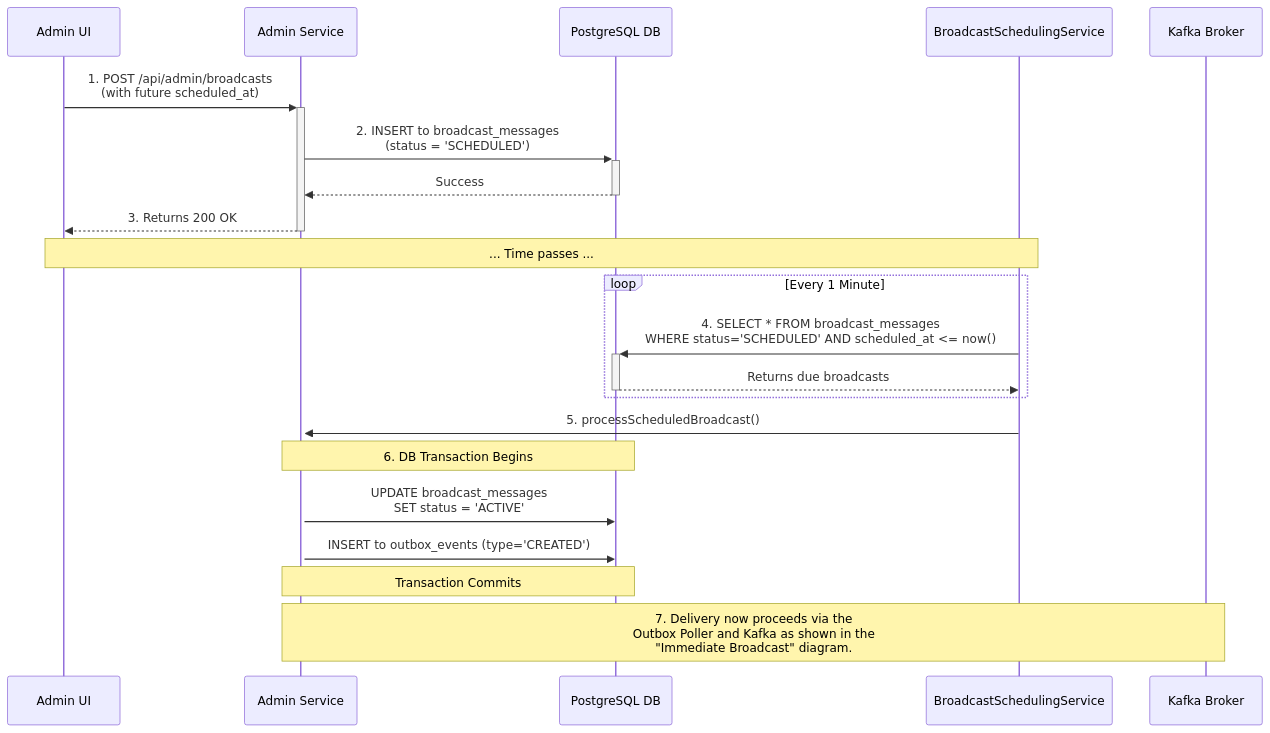
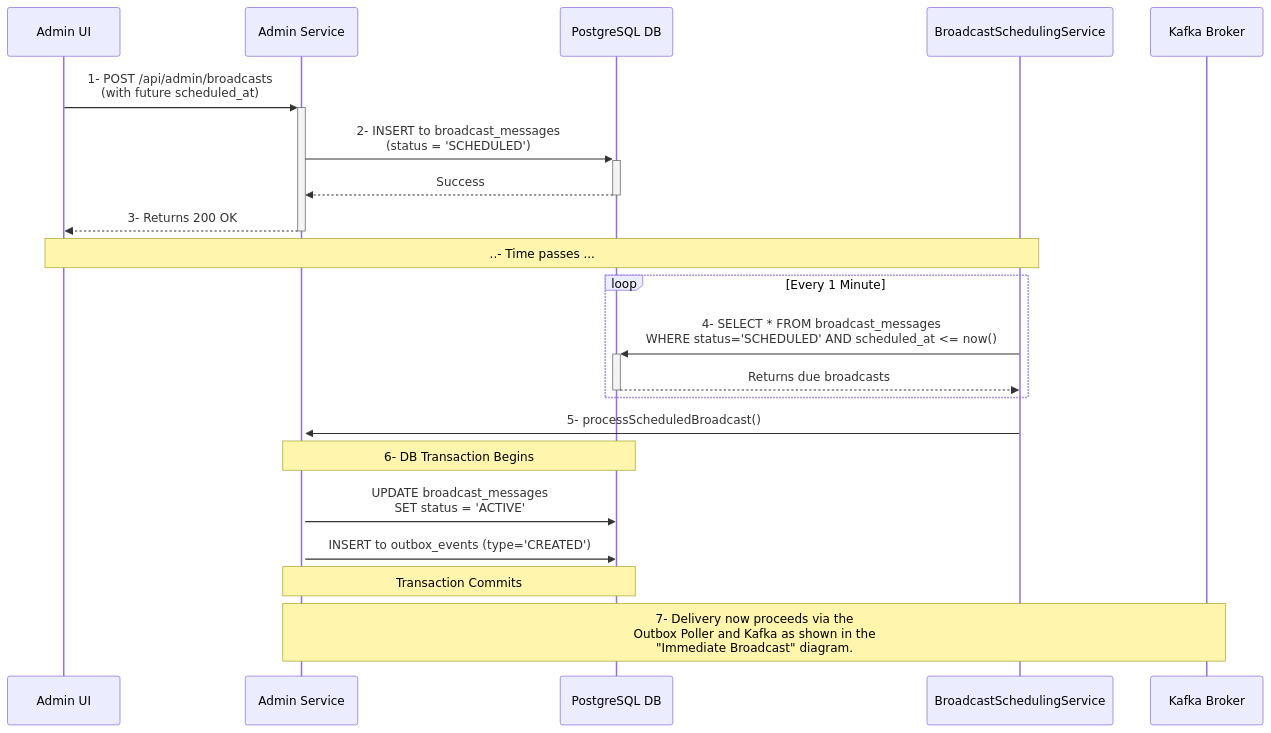
Before and after one commit to rsrini7/Notification-SSE-GLM-Flux: the diagram in MermaidDiagrams/seq-broadcast-schedule.mmd, drawn with Mermaid. The commit also changed 8 other files, not shown here.

Commit message:
updated mermaid diagram

```diff
--- a/MermaidDiagrams/seq-broadcast-schedule.mmd
+++ b/MermaidDiagrams/seq-broadcast-schedule.mmd
@@ -1,27 +1,27 @@
 sequenceDiagram
     participant AdminUI as Admin UI
     participant AdminSvc as Admin Service
     participant DB as PostgreSQL DB
     participant Scheduler as BroadcastSchedulingService
     participant Kafka as Kafka Broker
     
-    AdminUI->>+AdminSvc: 1. POST /api/admin/broadcasts<br/>(with future scheduled_at)
-    AdminSvc->>+DB: 2. INSERT to broadcast_messages<br/>(status = 'SCHEDULED')
+    AdminUI->>+AdminSvc: 1- POST /api/admin/broadcasts<br/>(with future scheduled_at)
+    AdminSvc->>+DB: 2- INSERT to broadcast_messages<br/>(status = 'SCHEDULED')
     DB-->>-AdminSvc: Success
-    AdminSvc-->>-AdminUI: 3. Returns 200 OK
+    AdminSvc-->>-AdminUI: 3- Returns 200 OK
     
-    Note over AdminUI, Scheduler: ... Time passes ...
+    Note over AdminUI, Scheduler: ..- Time passes ...
     
     loop Every 1 Minute
-        Scheduler->>+DB: 4. SELECT * FROM broadcast_messages<br/>WHERE status='SCHEDULED' AND scheduled_at <= now()
+        Scheduler->>+DB: 4- SELECT * FROM broadcast_messages<br/>WHERE status='SCHEDULED' AND scheduled_at <= now()
         DB-->>-Scheduler: Returns due broadcasts
     end
     
-    Scheduler->>+AdminSvc: 5. processScheduledBroadcast()
+    Scheduler->>+AdminSvc: 5- processScheduledBroadcast()
     
-    Note over AdminSvc, DB: 6. DB Transaction Begins
+    Note over AdminSvc, DB: 6- DB Transaction Begins
     AdminSvc->>DB: UPDATE broadcast_messages<br/>SET status = 'ACTIVE'
     AdminSvc->>DB: INSERT to outbox_events (type='CREATED')
     Note over AdminSvc, DB: Transaction Commits
     
-    Note over AdminSvc, Kafka: 7. Delivery now proceeds via the<br/>Outbox Poller and Kafka as shown in the<br/>"Immediate Broadcast" diagram.
+    Note over AdminSvc, Kafka: 7- Delivery now proceeds via the<br/>Outbox Poller and Kafka as shown in the<br/>"Immediate Broadcast" diagram.
```
